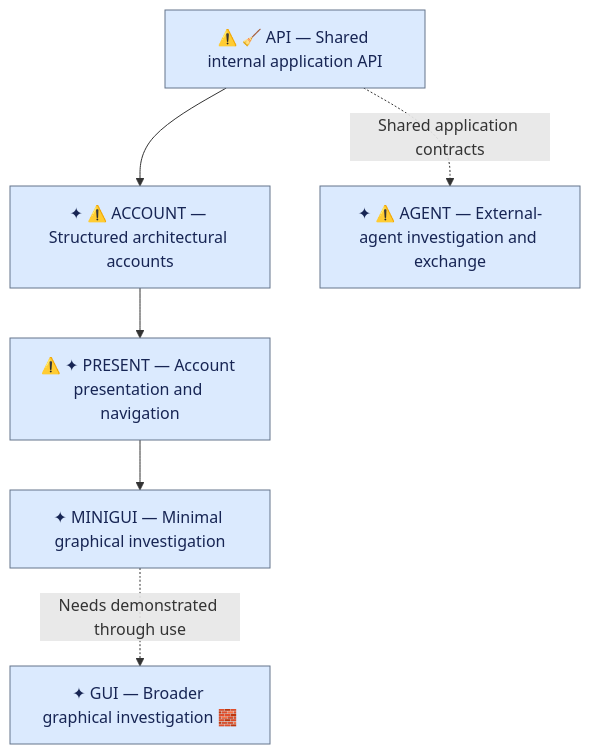
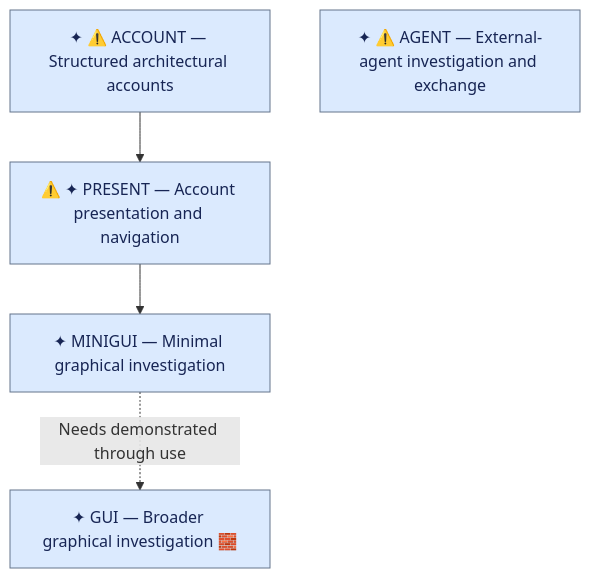
The diagram in notes/upcoming-work.md (ronen/postcode), drawn with Mermaid before and after one commit. The commit also changed other lines of this file, not shown here.

Commit message:
Advance upcoming work after application API completion

````diff
--- a/notes/upcoming-work.md
+++ b/notes/upcoming-work.md
@@ -75,10 +75,9 @@
 ```mermaid
 flowchart TD
-    API["⚠️ 🧹 API — Shared internal application API"] --> ACCOUNT["✦ ⚠️ ACCOUNT — Structured architectural accounts"]
-    ACCOUNT --> PRESENT["⚠️ ✦ PRESENT — Account presentation and navigation"]
+    ACCOUNT["✦ ⚠️ ACCOUNT — Structured architectural accounts"] --> PRESENT["⚠️ ✦ PRESENT — Account presentation and navigation"]
     PRESENT --> MINIGUI["✦ MINIGUI — Minimal graphical investigation"]
     MINIGUI -. Needs demonstrated through use .-> GUI["✦ GUI — Broader graphical investigation 🧱"]
-    API -. Shared application contracts .-> AGENT["✦ ⚠️ AGENT — External-agent investigation and exchange"]
+    AGENT["✦ ⚠️ AGENT — External-agent investigation and exchange"]
 
     classDef default fill:#dbeafe,stroke:#64748b,color:#172554
 ```
````
